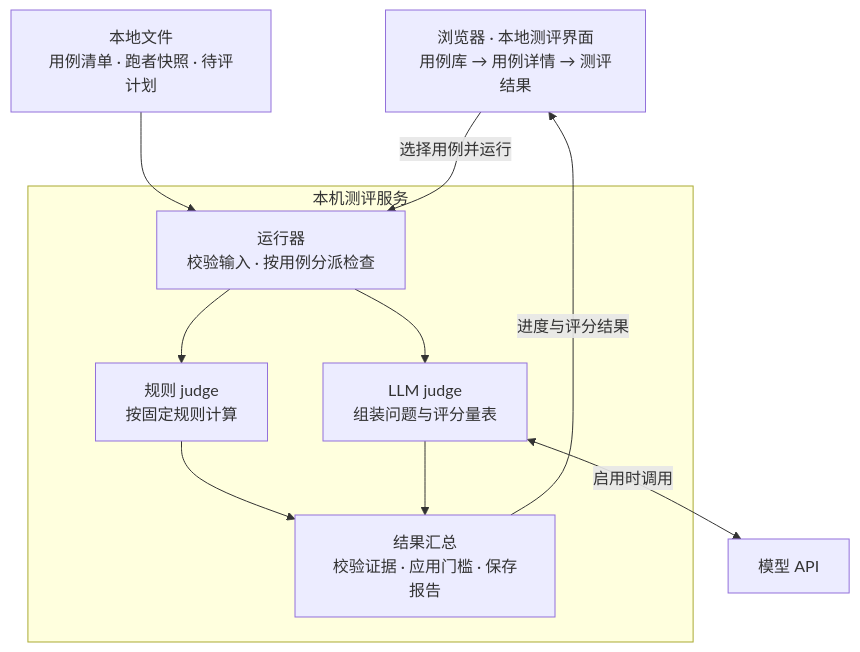
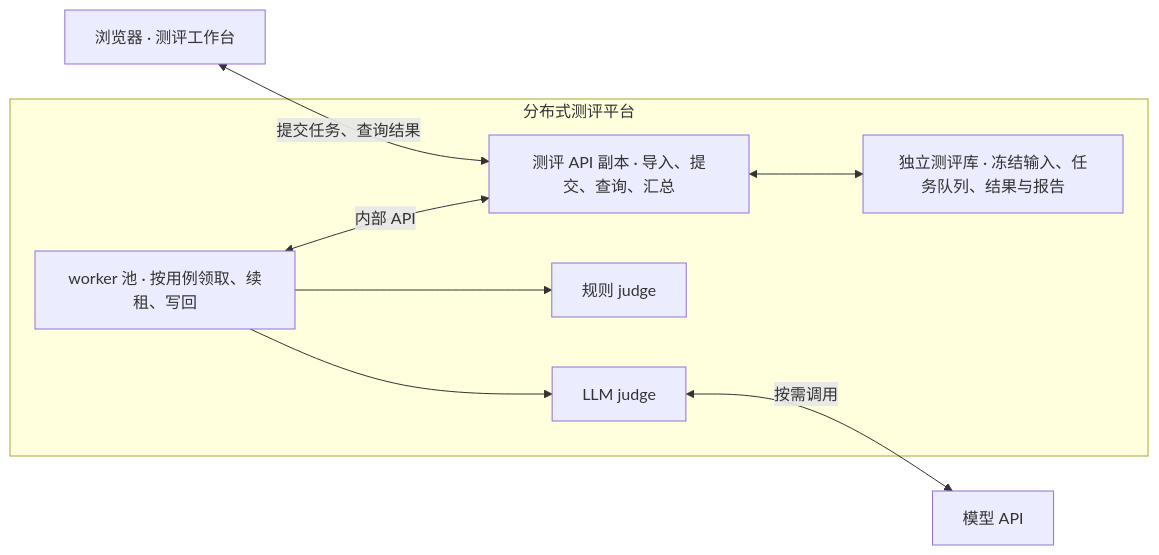
Before and after one commit to zhaochy1990/running: the first of 2 diagrams in docs/superpowers/specs/2026-11-23-offline-plan-eval.md, drawn with Mermaid. The commit also changed other lines of this file and 1 other file, not shown here.

````diff
--- a/docs/superpowers/specs/2026-11-23-offline-plan-eval.md
+++ b/docs/superpowers/specs/2026-11-23-offline-plan-eval.md
@@ -19,18 +27,17 @@
 ```mermaid
-flowchart TB
-    UI["浏览器 · 本地测评界面<br/>用例库 → 用例详情 → 测评结果"]
-    subgraph LOCAL["本机测评服务"]
-      RUN["运行器<br/>校验输入 · 按用例分派检查"]
-      RULE["规则 judge<br/>按固定规则计算"]
-      LLM["LLM judge<br/>组装问题与评分量表"]
-      REPORT["结果汇总<br/>校验证据 · 应用门槛 · 保存报告"]
-      RUN --> RULE
-      RUN --> LLM
-      RULE --> REPORT
-      LLM --> REPORT
+flowchart LR
+    UI["浏览器 · 测评工作台"]
+    subgraph EVAL["分布式测评平台"]
+      API["测评 API 副本 · 导入、提交、查询、汇总"]
+      DB["独立测评库 · 冻结输入、任务队列、结果与报告"]
+      W["worker 池 · 按用例领取、续租、写回"]
+      RULE["规则 judge"]
+      LLM["LLM judge"]
+      API <--> DB
+      W <-->|内部 API| API
+      W --> RULE
+      W --> LLM
     end
-    FILES["本地文件<br/>用例清单 · 跑者快照 · 待评计划"] --> RUN
-    UI -->|选择用例并运行| RUN
-    LLM <-->|启用时调用| API["模型 API"]
-    REPORT -->|进度与评分结果| UI
+    UI <-->|提交任务、查询结果| API
+    LLM <-->|按需调用| MODEL["模型 API"]
 ```
````
